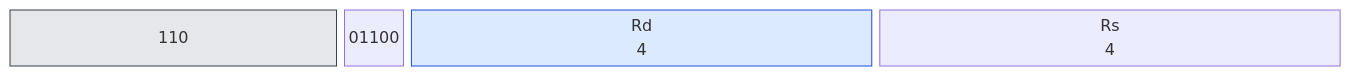
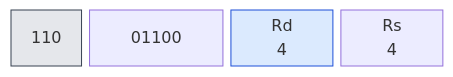
Diagram 16 of 32 in book/kap03.md (olfp/Deep16), drawn with Mermaid before and after one commit. The commit also changed other lines of this file and 1 other file, not shown here.

Commit message:
book(kap03): alle 32 Befehlsdiagramme auf 31-Spalten-Layout normiert

````diff
--- a/book/kap03.md
+++ b/book/kap03.md
@@ -556,16 +556,16 @@
 ```mermaid
 block-beta
   columns 31
   classDef op fill:#e5e7eb,stroke:#374151
   classDef reg fill:#dbeafe,stroke:#1d4ed8
   classDef imm fill:#fef3c7,stroke:#b45309
   classDef off fill:#dcfce7,stroke:#15803d
   classDef seg fill:#ede9fe,stroke:#6d28d9
   classDef all fill:#fee2e2,stroke:#b91c1c
   b0["110"]:5
-  b1["01100"]:1
+  b1["01100"]:9
   b2["Rd<br/>4"]:7
   b3["Rs<br/>4"]:7
   class b0 b1 op
   class b2 b3 reg
 ```
````
